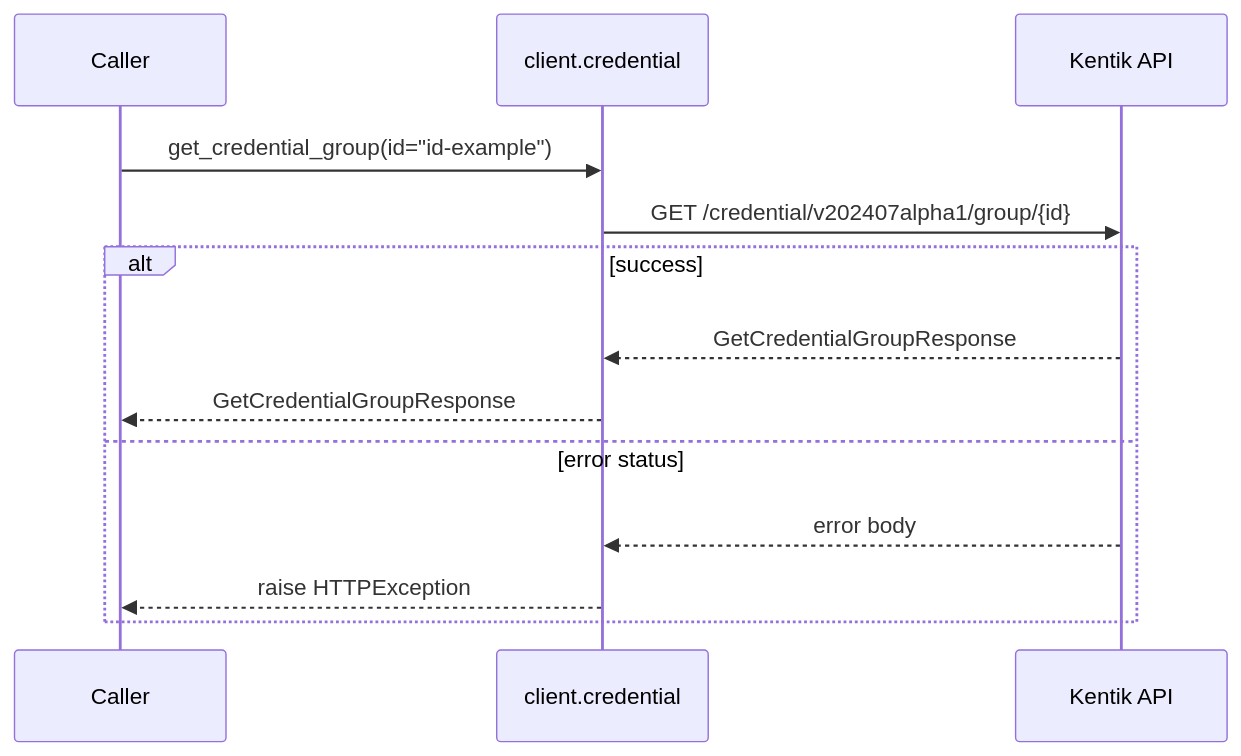
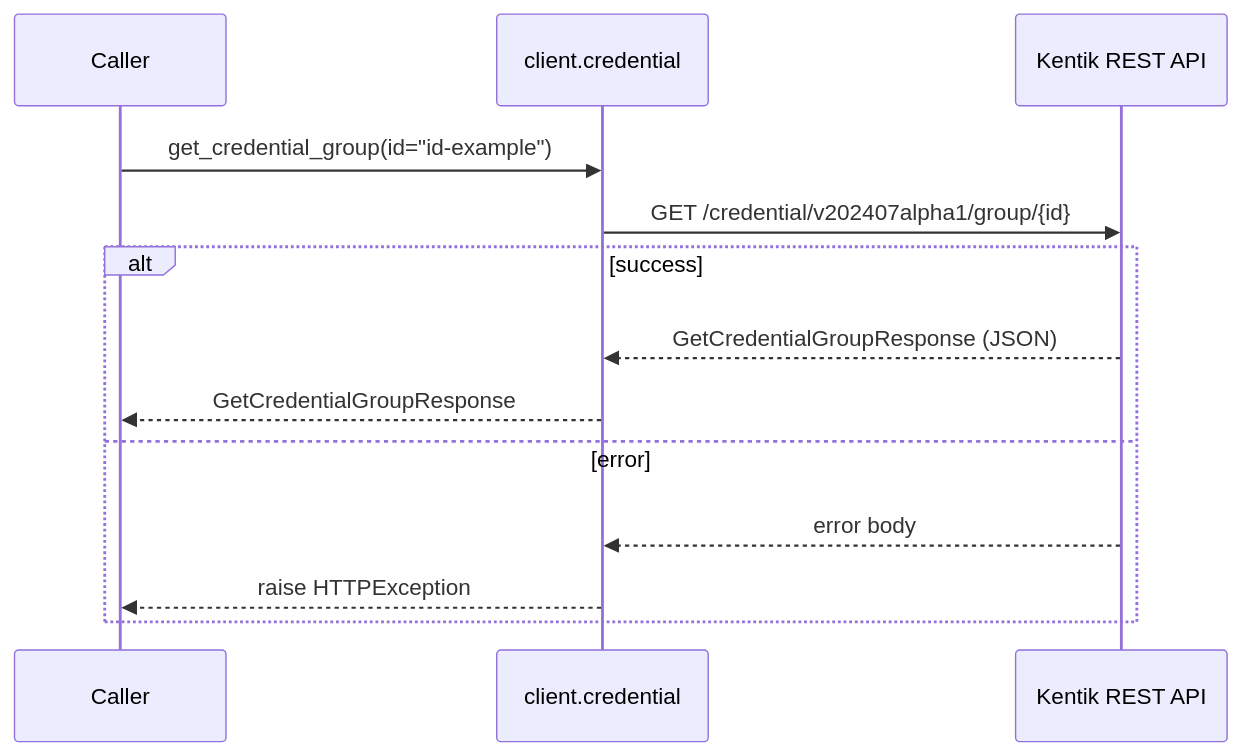
The fourth of 6 diagrams in docs/sphinx/services/credential.md (alexdearaujo/community_sdk_python), drawn with Mermaid before and after one commit. The commit also changed other lines of this file and 61 other files, not shown here.

````diff
--- a/docs/sphinx/services/credential.md
+++ b/docs/sphinx/services/credential.md
@@ -75,16 +102,16 @@
 ```mermaid
 sequenceDiagram
     participant C as Caller
     participant W as client.credential
-    participant API as Kentik API
+    participant API as Kentik REST API
 
     C->>W: get_credential_group(id="id-example")
     W->>API: GET /credential/v202407alpha1/group/{id}
     alt success
-        API-->>W: GetCredentialGroupResponse
+        API-->>W: GetCredentialGroupResponse (JSON)
         W-->>C: GetCredentialGroupResponse
-    else error status
+    else error
         API-->>W: error body
         W-->>C: raise HTTPException
     end
 ```
````
